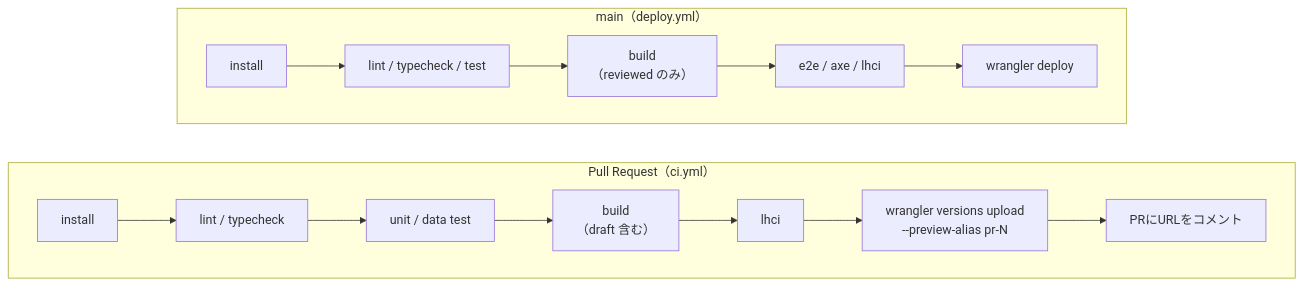
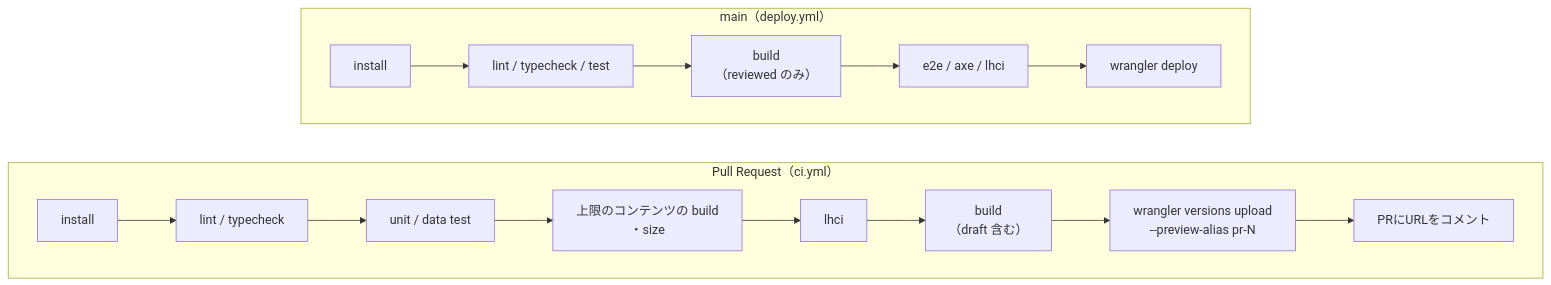
The fourth of 5 diagrams in docs/development-overview.md (vivastack-labs/vivastack-build-maps), drawn with Mermaid before and after one commit. The commit also changed other lines of this file and 7 other files, not shown here.

First line of the commit message:
docs: パイプライン図・テスト表・data-hash-pref の注意・コメントを直す

````diff
--- a/docs/development-overview.md
+++ b/docs/development-overview.md
@@ -1164,19 +1164,20 @@
 ```mermaid
 flowchart LR
   subgraph PR["Pull Request（ci.yml）"]
     direction LR
     A1[install] --> A2[lint / typecheck]
     A2 --> A3[unit / data test]
-    A3 --> A4["build<br/>（draft 含む）"]
+    A3 --> A4["上限のコンテンツの build<br/>・size"]
     A4 --> A5[lhci]
-    A5 --> A6["wrangler versions upload<br/>--preview-alias pr-N"]
-    A6 --> A7[PRにURLをコメント]
+    A5 --> A6["build<br/>（draft 含む）"]
+    A6 --> A7["wrangler versions upload<br/>--preview-alias pr-N"]
+    A7 --> A8[PRにURLをコメント]
   end
   subgraph MAIN["main（deploy.yml）"]
     direction LR
     B1[install] --> B2[lint / typecheck / test]
     B2 --> B3["build<br/>（reviewed のみ）"]
     B3 --> B4[e2e / axe / lhci]
     B4 --> B5[wrangler deploy]
   end
 ```
````
